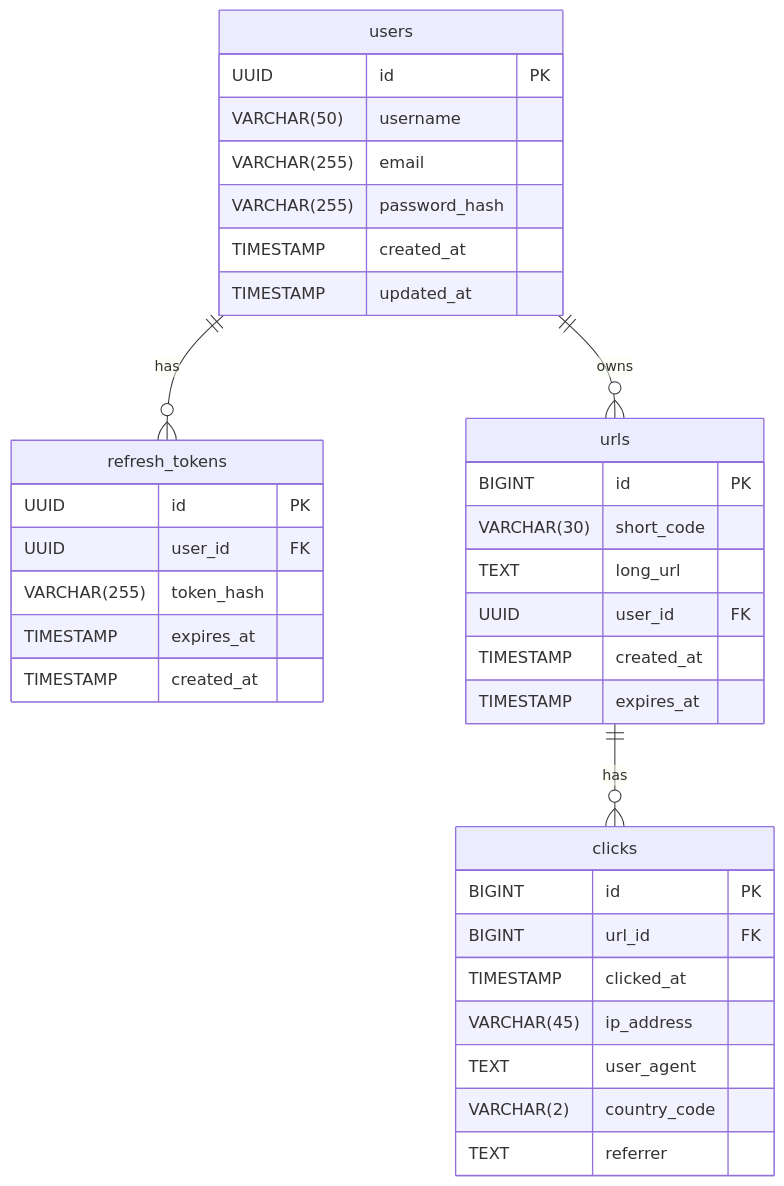
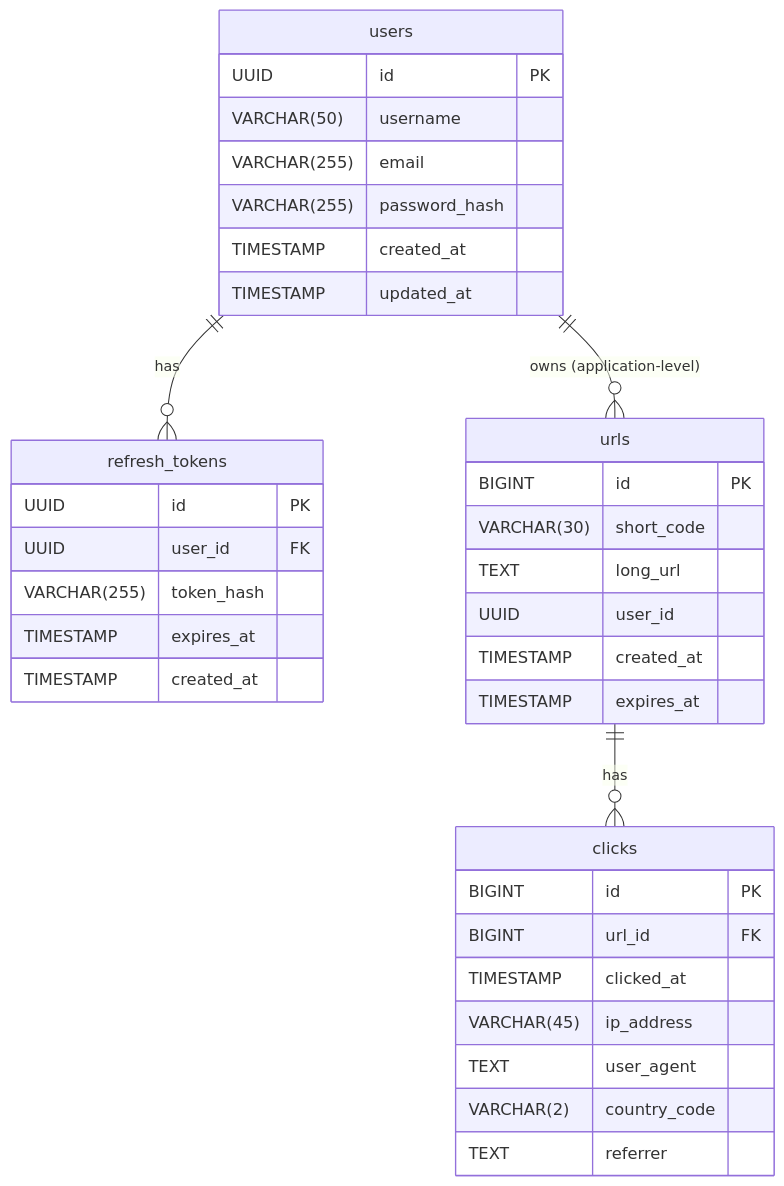
The diagram in LLD.md (atm98/Project-LinkShrink), drawn with Mermaid before and after one commit. The commit also changed other lines of this file and 2 other files, not shown here.

Commit message:
Project-LinkShrink - development - Foreign key removed from link services db schema

````diff
--- a/LLD.md
+++ b/LLD.md
@@ -92,39 +96,39 @@
 ```mermaid
 erDiagram
     users {
         UUID id PK
         VARCHAR(50) username
         VARCHAR(255) email
         VARCHAR(255) password_hash
         TIMESTAMP created_at
         TIMESTAMP updated_at
     }
     refresh_tokens {
         UUID id PK
         UUID user_id FK
         VARCHAR(255) token_hash
         TIMESTAMP expires_at
         TIMESTAMP created_at
     }
     urls {
         BIGINT id PK
         VARCHAR(30) short_code
         TEXT long_url
-        UUID user_id FK
+        UUID user_id
         TIMESTAMP created_at
         TIMESTAMP expires_at
     }
     clicks {
         BIGINT id PK
         BIGINT url_id FK
         TIMESTAMP clicked_at
         VARCHAR(45) ip_address
         TEXT user_agent
         VARCHAR(2) country_code
         TEXT referrer
     }
 
-    users ||--o{ urls : "owns"
+    users ||--o{ urls : "owns (application-level)"
     users ||--o{ refresh_tokens : "has"
     urls ||--o{ clicks : "has"
 ```
````
